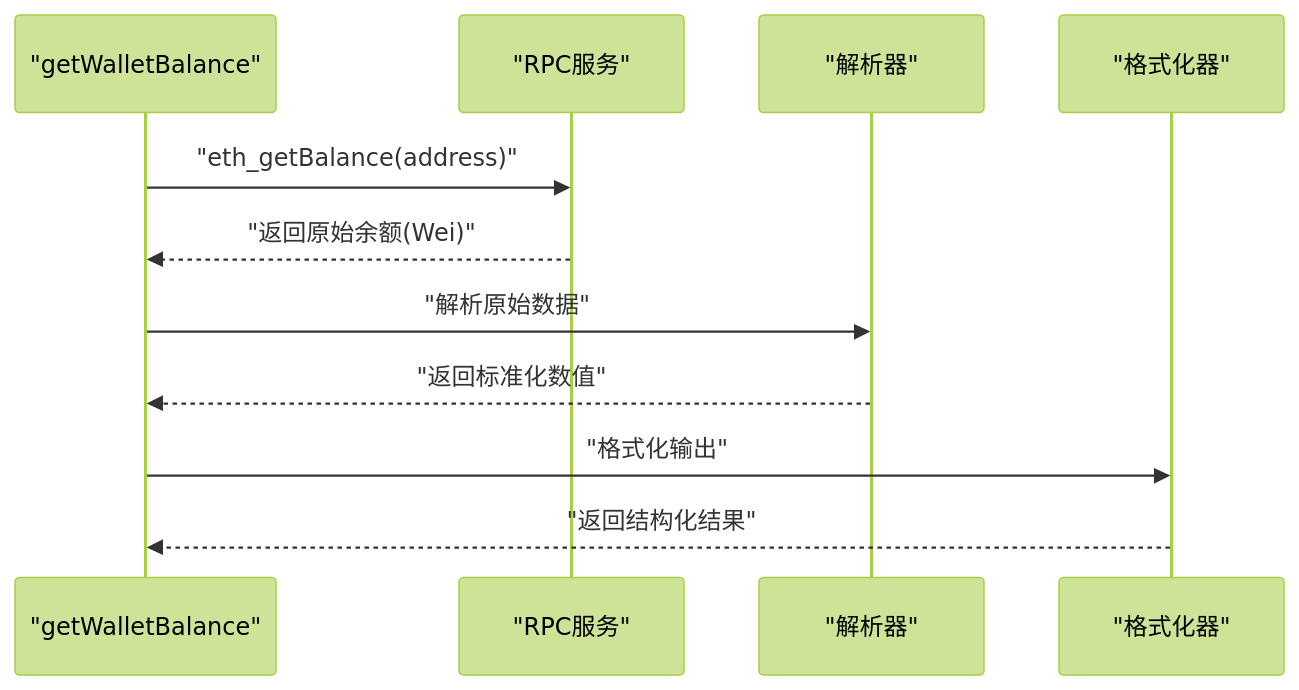
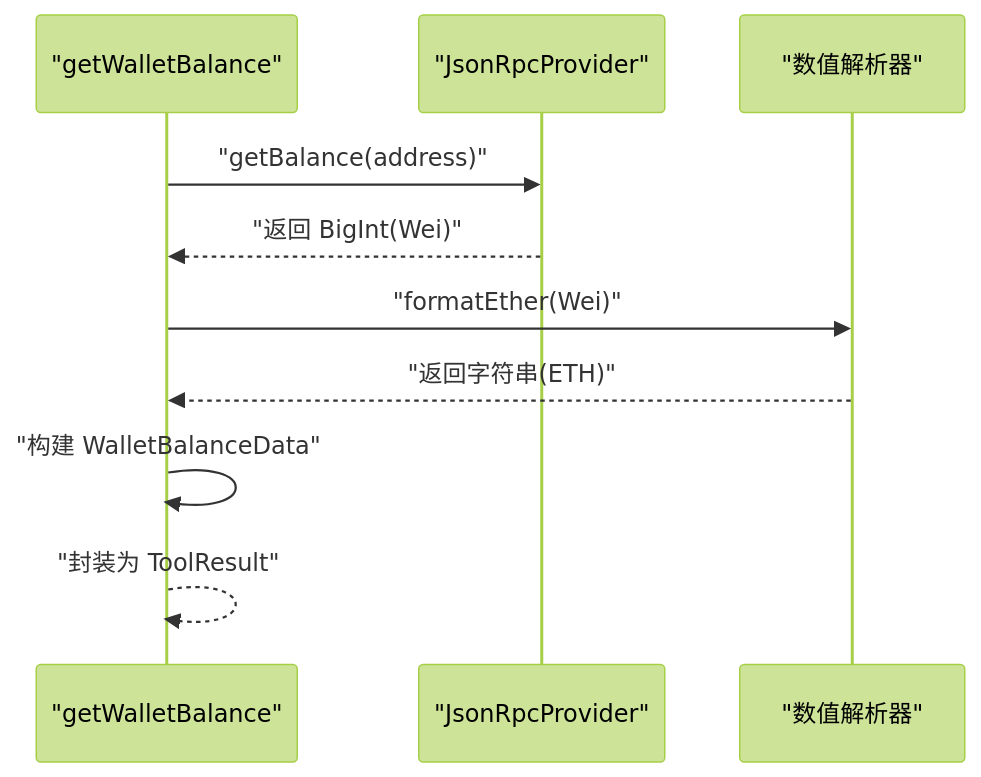
The sixth of 7 diagrams in .qoder/repowiki/zh/content/Web3工具集成/核心Web3工具实现/钱包余额查询工具.md (CryptoLinxu/Web3-AI-Agent), drawn with Mermaid (forest theme) before and after one commit. The commit also changed other lines of this file and 6 other files, not shown here.

````diff
--- a/.qoder/repowiki/zh/content/Web3工具集成/核心Web3工具实现/钱包余额查询工具.md
+++ b/.qoder/repowiki/zh/content/Web3工具集成/核心Web3工具实现/钱包余额查询工具.md
@@ -151,13 +211,12 @@
 ```mermaid
 sequenceDiagram
 participant WB as "getWalletBalance"
-participant RPC as "RPC服务"
-participant PARSER as "解析器"
-participant FORMATTER as "格式化器"
-WB->>RPC : "eth_getBalance(address)"
-RPC-->>WB : "返回原始余额(Wei)"
-WB->>PARSER : "解析原始数据"
-PARSER-->>WB : "返回标准化数值"
-WB->>FORMATTER : "格式化输出"
-FORMATTER-->>WB : "返回结构化结果"
+participant RPC as "JsonRpcProvider"
+participant PARSE as "数值解析器"
+WB->>RPC : "getBalance(address)"
+RPC-->>WB : "返回 BigInt(Wei)"
+WB->>PARSE : "formatEther(Wei)"
+PARSE-->>WB : "返回字符串(ETH)"
+WB->>WB : "构建 WalletBalanceData"
+WB-->>WB : "封装为 ToolResult"
 ```
````
